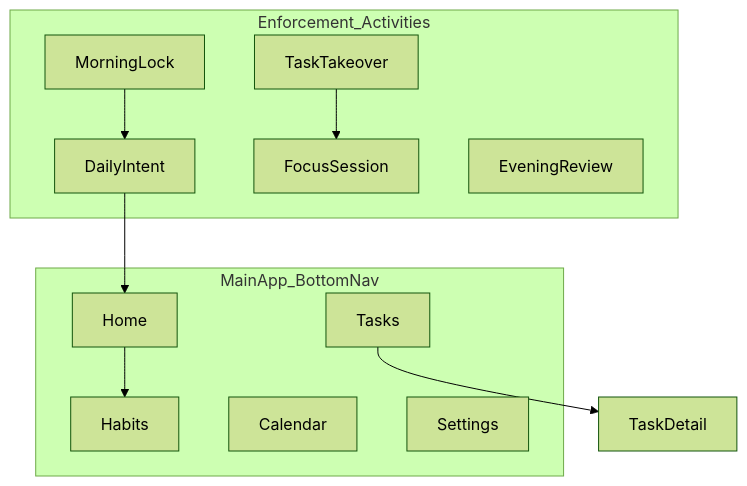
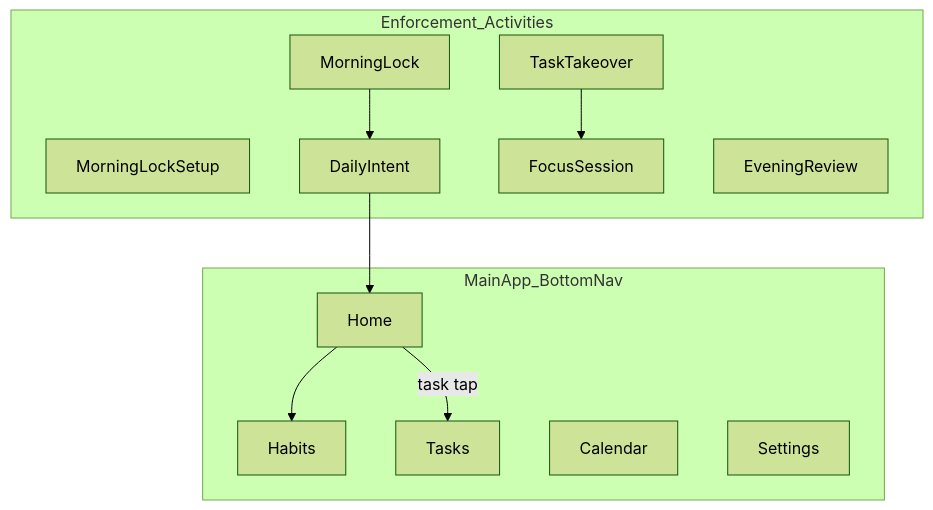
Before and after one commit to OwenBueno/Stella-Project: the diagram in docs/design/screens.md, drawn with Mermaid (forest theme). The commit also changed other lines of this file and 171 other files, not shown here.

````diff
--- a/docs/design/screens.md
+++ b/docs/design/screens.md
@@ -7,24 +7,25 @@
 ```mermaid
 flowchart TB
   subgraph main [MainApp_BottomNav]
     Home
     Habits
     Tasks
     Calendar
     Settings
   end
 
   subgraph enforcement [Enforcement_Activities]
+    MorningLockSetup
     MorningLock
     DailyIntent
     TaskTakeover
     FocusSession
     EveningReview
   end
 
   Home --> Habits
-  Tasks --> TaskDetail
+  Home -->|task tap| Tasks
   MorningLock --> DailyIntent
   DailyIntent --> Home
   TaskTakeover --> FocusSession
 ```
````
